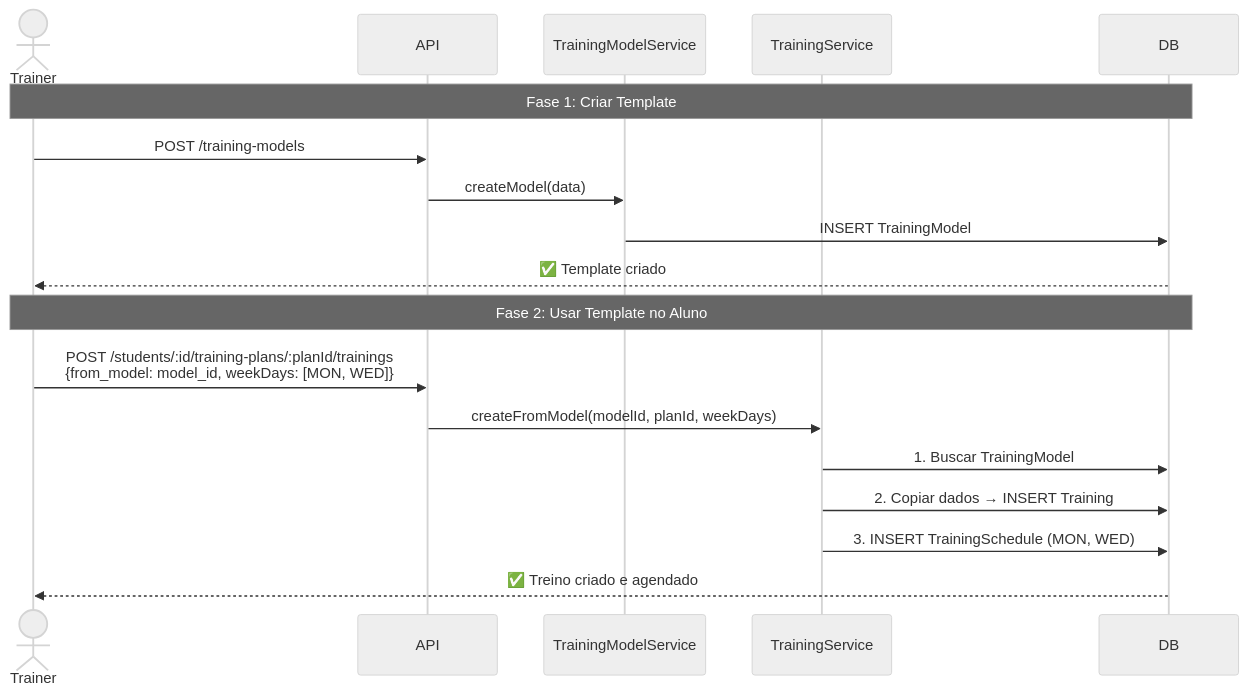
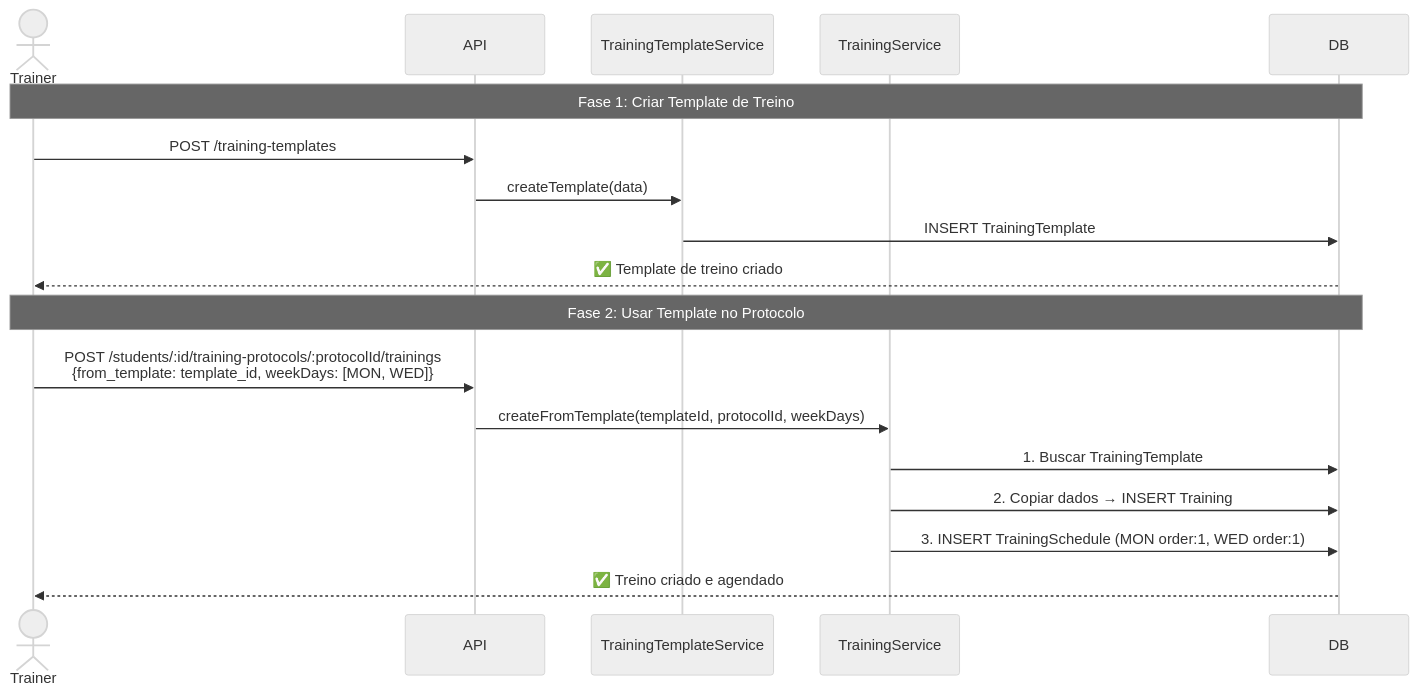
One commit to treinoway/teufit-service changed the fourth of 6 diagrams in docs/adr/001-training-system-architecture.md. Above: the diagram before and after it, drawn with Mermaid (neutral theme). The commit also changed other lines of this file, not shown here.

Commit message:
Revamp training protocol

````diff
--- a/docs/adr/001-training-system-architecture.md
+++ b/docs/adr/001-training-system-architecture.md
@@ -302,22 +396,22 @@
 ```mermaid
 sequenceDiagram
     actor Trainer
     participant API
-    participant TrainingModelService
+    participant TrainingTemplateService
     participant TrainingService
     participant DB
 
-    Note over Trainer,DB: Fase 1: Criar Template
-    Trainer->>API: POST /training-models
-    API->>TrainingModelService: createModel(data)
-    TrainingModelService->>DB: INSERT TrainingModel
-    DB-->>Trainer: ✅ Template criado
+    Note over Trainer,DB: Fase 1: Criar Template de Treino
+    Trainer->>API: POST /training-templates
+    API->>TrainingTemplateService: createTemplate(data)
+    TrainingTemplateService->>DB: INSERT TrainingTemplate
+    DB-->>Trainer: ✅ Template de treino criado
 
-    Note over Trainer,DB: Fase 2: Usar Template no Aluno
-    Trainer->>API: POST /students/:id/training-plans/:planId/trainings<br/>{from_model: model_id, weekDays: [MON, WED]}
-    API->>TrainingService: createFromModel(modelId, planId, weekDays)
-    TrainingService->>DB: 1. Buscar TrainingModel
+    Note over Trainer,DB: Fase 2: Usar Template no Protocolo
+    Trainer->>API: POST /students/:id/training-protocols/:protocolId/trainings<br/>{from_template: template_id, weekDays: [MON, WED]}
+    API->>TrainingService: createFromTemplate(templateId, protocolId, weekDays)
+    TrainingService->>DB: 1. Buscar TrainingTemplate
     TrainingService->>DB: 2. Copiar dados → INSERT Training
-    TrainingService->>DB: 3. INSERT TrainingSchedule (MON, WED)
+    TrainingService->>DB: 3. INSERT TrainingSchedule (MON order:1, WED order:1)
     DB-->>Trainer: ✅ Treino criado e agendado
 ```
````
